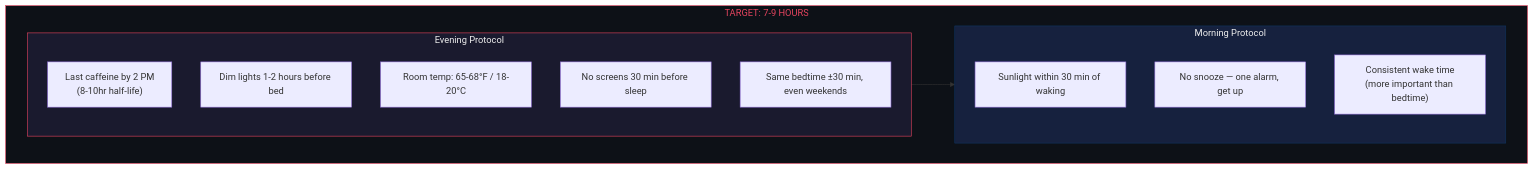
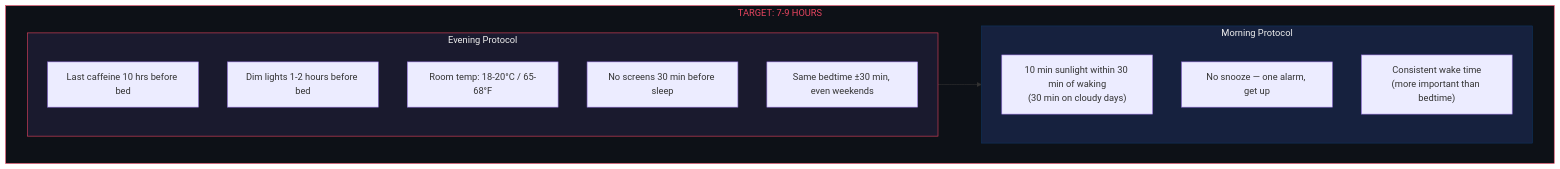
One commit to Cyvid7-Darus10/peak-self changed the sixth of 7 diagrams in fitness/training-protocol.md. Above: the diagram before and after it, drawn with Mermaid. The commit also changed other lines of this file and 4 other files, not shown here.

````diff
--- a/fitness/training-protocol.md
+++ b/fitness/training-protocol.md
@@ -98,23 +207,23 @@
 ```mermaid
 flowchart TB
     subgraph evening["Evening Protocol"]
         direction TB
-        E1["Last caffeine by 2 PM<br/>(8-10hr half-life)"]
+        E1["Last caffeine 10 hrs before bed"]
         E2["Dim lights 1-2 hours before bed"]
-        E3["Room temp: 65-68°F / 18-20°C"]
+        E3["Room temp: 18-20°C / 65-68°F"]
         E4["No screens 30 min before sleep"]
         E5["Same bedtime ±30 min, even weekends"]
     end
     subgraph morning["Morning Protocol"]
         direction TB
-        M1["Sunlight within 30 min of waking"]
+        M1["10 min sunlight within 30 min of waking<br/>(30 min on cloudy days)"]
         M2["No snooze — one alarm, get up"]
         M3["Consistent wake time<br/>(more important than bedtime)"]
     end
     subgraph target["TARGET: 7-9 HOURS"]
         evening --> morning
     end
     style evening fill:#1a1a2e,stroke:#e94560,color:#eee
     style morning fill:#16213e,stroke:#0f3460,color:#eee
     style target fill:#0d1117,stroke:#e94560,color:#e94560
 ```
````
